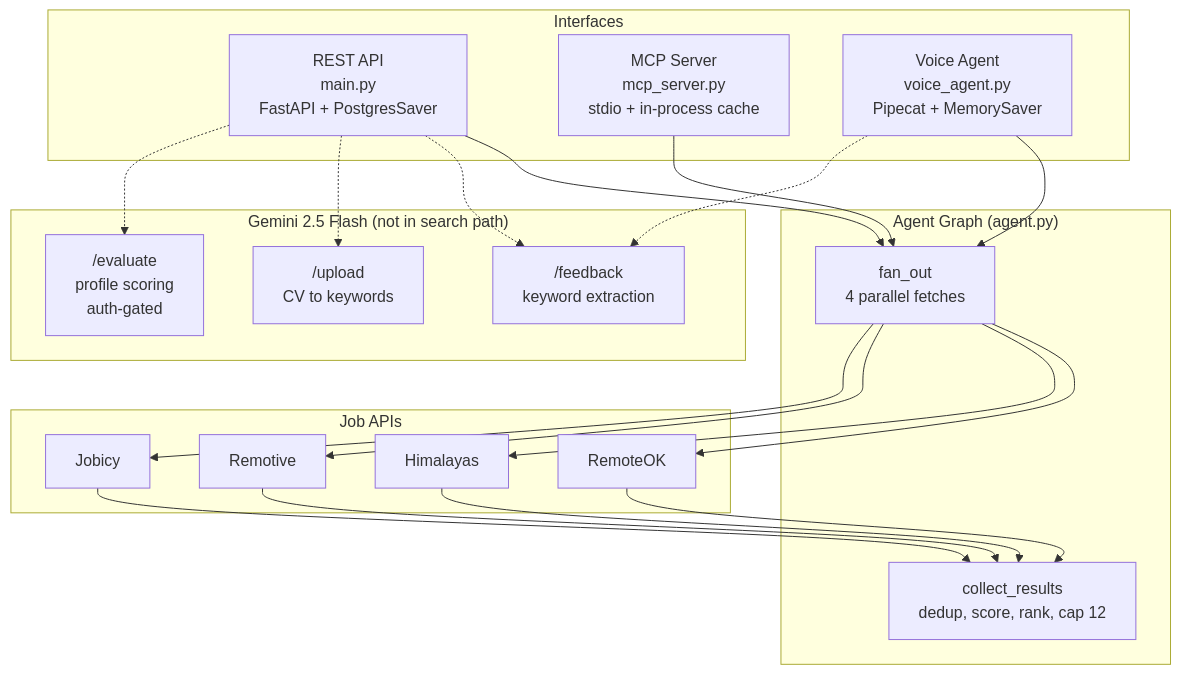
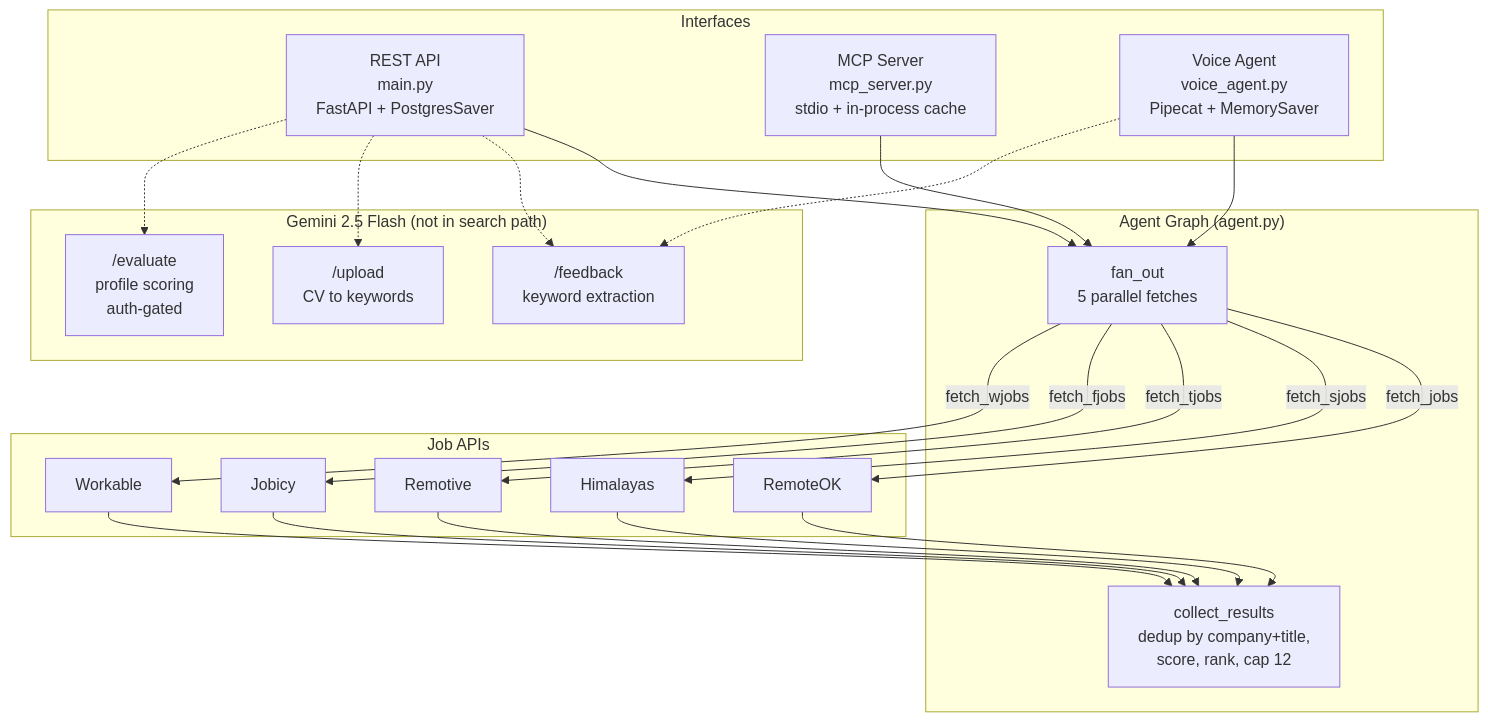
One commit to tsouk88/job-search-agent changed the first of 2 diagrams in openwiki/architecture/overview.md. Above: the diagram before and after it, drawn with Mermaid. The commit also changed other lines of this file and 36 other files, not shown here.

````diff
--- a/openwiki/architecture/overview.md
+++ b/openwiki/architecture/overview.md
@@ -14,43 +27,46 @@
 ```mermaid
 flowchart TD
     subgraph Interfaces
         REST["REST API\nmain.py\nFastAPI + PostgresSaver"]
         MCP["MCP Server\nmcp_server.py\nstdio + in-process cache"]
         Voice["Voice Agent\nvoice_agent.py\nPipecat + MemorySaver"]
     end
 
     subgraph Core["Agent Graph (agent.py)"]
-        FanOut["fan_out\n4 parallel fetches"]
-        Collect["collect_results\ndedup, score, rank, cap 12"]
+        FanOut["fan_out\n5 parallel fetches"]
+        Collect["collect_results\ndedup by company+title,\nscore, rank, cap 12"]
     end
 
     subgraph Sources["Job APIs"]
         RO["RemoteOK"]
         Him["Himalayas"]
         Rem["Remotive"]
         Job["Jobicy"]
+        Work["Workable"]
     end
 
     REST --> FanOut
     MCP --> FanOut
     Voice --> FanOut
-    FanOut --> RO
-    FanOut --> Him
-    FanOut --> Rem
-    FanOut --> Job
+    FanOut -- "fetch_jobs" --> RO
+    FanOut -- "fetch_sjobs" --> Him
+    FanOut -- "fetch_tjobs" --> Rem
+    FanOut -- "fetch_fjobs" --> Job
+    FanOut -- "fetch_wjobs" --> Work
     RO --> Collect
     Him --> Collect
     Rem --> Collect
     Job --> Collect
+    Work --> Collect
 
     subgraph LLM["Gemini 2.5 Flash (not in search path)"]
         Feedback["/feedback\nkeyword extraction"]
         Upload["/upload\nCV to keywords"]
         Evaluate["/evaluate\nprofile scoring\nauth-gated"]
     end
 
     REST -.-> Feedback
     REST -.-> Upload
     REST -.-> Evaluate
     Voice -.-> Feedback
 ```
````
